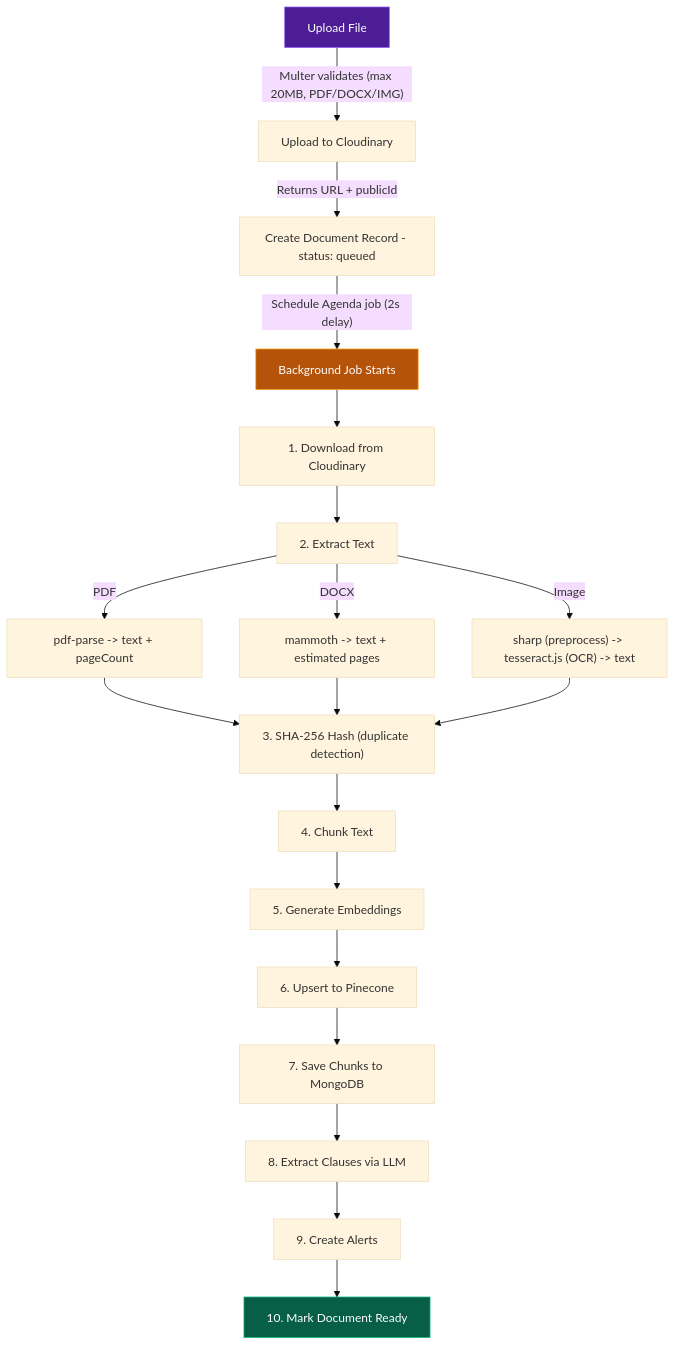
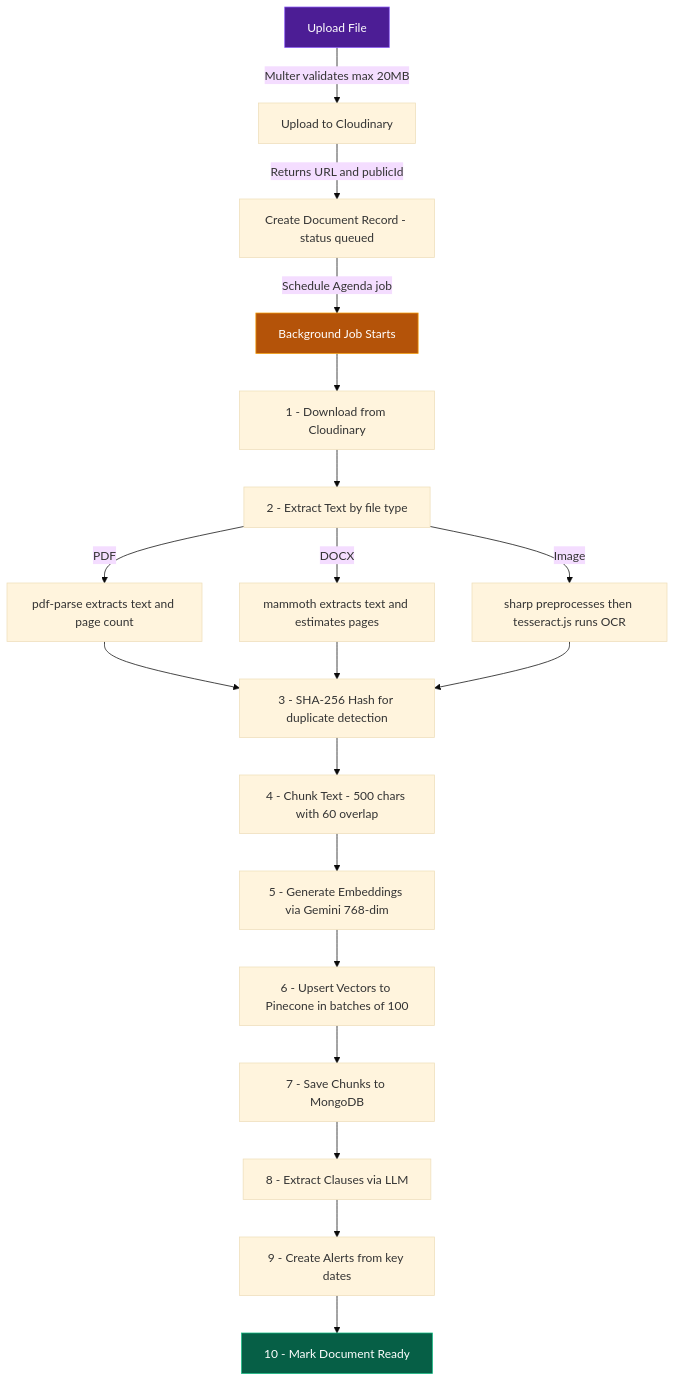
Before and after one commit to AniketB26/What-I-Signed: the fifth of 9 diagrams in README.md, drawn with Mermaid (base theme). The commit also changed other lines of this file, not shown here.

````diff
--- a/README.md
+++ b/README.md
@@ -413,30 +409,30 @@
 ```mermaid
 graph TD
-    UP["Upload File"]
-    UP -->|"Multer validates (max 20MB, PDF/DOCX/IMG)"| CLD["Upload to Cloudinary"]
-    CLD -->|"Returns URL + publicId"| DB1["Create Document Record - status: queued"]
-    DB1 -->|"Schedule Agenda job (2s delay)"| JOB["Background Job Starts"]
+    UP[Upload File]
+    UP -->|Multer validates max 20MB| CLD[Upload to Cloudinary]
+    CLD -->|Returns URL and publicId| DB1[Create Document Record - status queued]
+    DB1 -->|Schedule Agenda job| JOB[Background Job Starts]
 
-    JOB --> DL["1. Download from Cloudinary"]
-    DL --> EXT["2. Extract Text"]
+    JOB --> DL[1 - Download from Cloudinary]
+    DL --> EXT[2 - Extract Text by file type]
 
-    EXT -->|PDF| PDF["pdf-parse -> text + pageCount"]
-    EXT -->|DOCX| DOCX["mammoth -> text + estimated pages"]
-    EXT -->|Image| OCR["sharp (preprocess) -> tesseract.js (OCR) -> text"]
+    EXT -->|PDF| PDF[pdf-parse extracts text and page count]
+    EXT -->|DOCX| DOCX[mammoth extracts text and estimates pages]
+    EXT -->|Image| OCR[sharp preprocesses then tesseract.js runs OCR]
 
-    PDF --> HASH["3. SHA-256 Hash (duplicate detection)"]
+    PDF --> HASH[3 - SHA-256 Hash for duplicate detection]
     DOCX --> HASH
     OCR --> HASH
 
-    HASH --> CHUNK["4. Chunk Text"]
-    CHUNK --> EMB["5. Generate Embeddings"]
-    EMB --> PIN["6. Upsert to Pinecone"]
-    PIN --> SAVE["7. Save Chunks to MongoDB"]
-    SAVE --> CLAUSE["8. Extract Clauses via LLM"]
-    CLAUSE --> ALERT["9. Create Alerts"]
-    ALERT --> READY["10. Mark Document Ready"]
+    HASH --> CHUNK[4 - Chunk Text - 500 chars with 60 overlap]
+    CHUNK --> EMB[5 - Generate Embeddings via Gemini 768-dim]
+    EMB --> PIN[6 - Upsert Vectors to Pinecone in batches of 100]
+    PIN --> SAVE[7 - Save Chunks to MongoDB]
+    SAVE --> CLAUSE[8 - Extract Clauses via LLM]
+    CLAUSE --> ALERT[9 - Create Alerts from key dates]
+    ALERT --> READY[10 - Mark Document Ready]
 
     style UP fill:#4c1d95,stroke:#8b5cf6,color:#fff
     style JOB fill:#b45309,stroke:#f59e0b,color:#fff
     style READY fill:#065f46,stroke:#10b981,color:#fff
 ```
````
